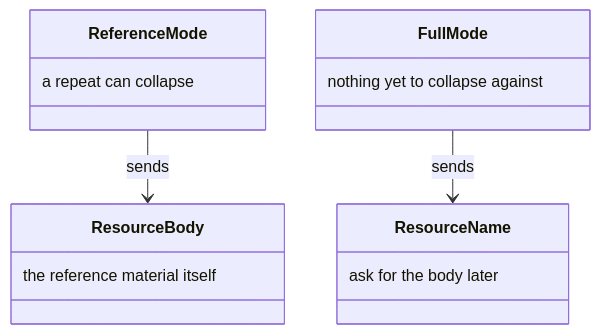
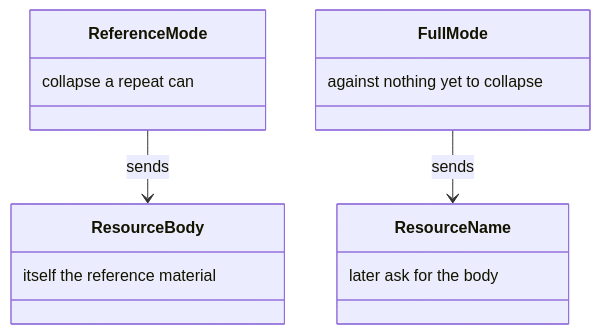
Diagram 22 of 26 in docs/delivery.md (m2ux/workflow-server), drawn with Mermaid before and after one commit. The commit also changed other lines of this file and 13 other files, not shown here.

````diff
--- a/docs/delivery.md
+++ b/docs/delivery.md
@@ -383,17 +383,17 @@
 ```mermaid
 classDiagram
   class ReferenceMode {
-    a repeat can collapse
+    collapse a repeat can
   }
   class FullMode {
-    nothing yet to collapse against
+    against nothing yet to collapse
   }
   class ResourceBody {
-    the reference material itself
+    itself the reference material
   }
   class ResourceName {
-    ask for the body later
+    later ask for the body
   }
   ReferenceMode --> ResourceBody : sends
   FullMode --> ResourceName : sends
 ```
````
